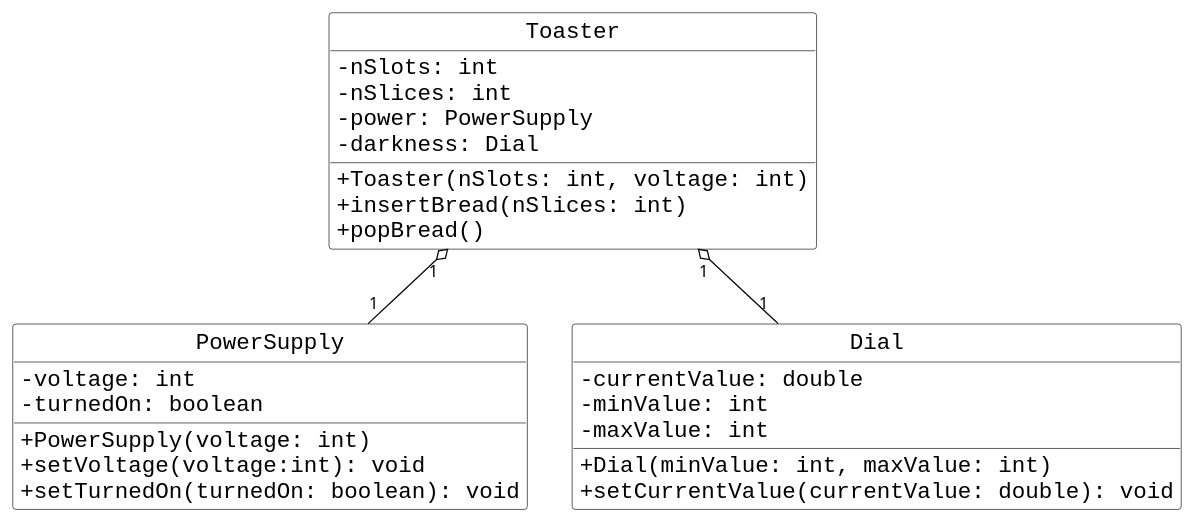
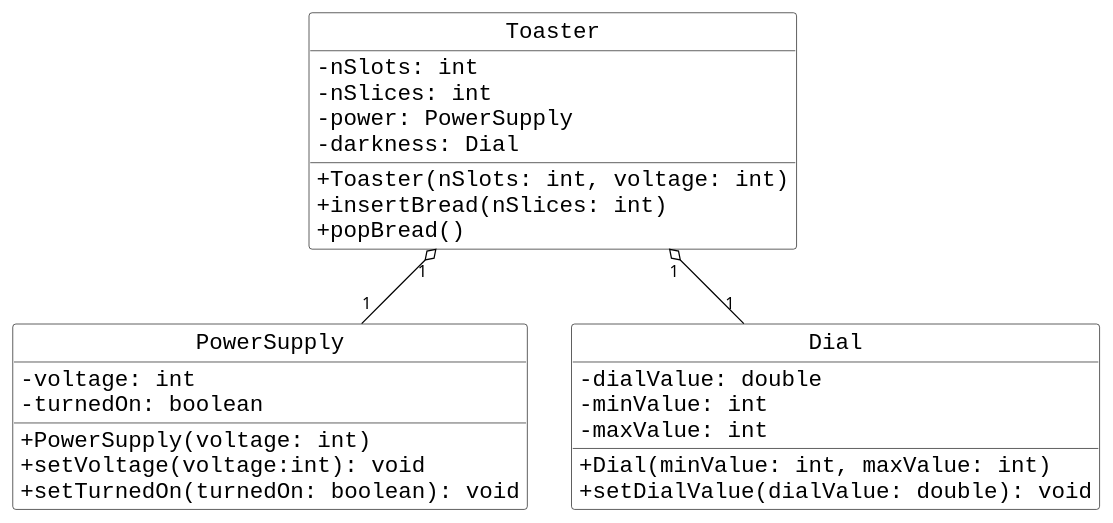
One commit to jdeisenberg/ThinkJava2Exercises changed the diagram in figs/ch14/toaster.puml. Above: the diagram before and after it, drawn with PlantUML. The commit also changed 2 other files, not shown here.

```diff
--- a/figs/ch14/toaster.puml
+++ b/figs/ch14/toaster.puml
@@ -1,46 +1,46 @@
 @startuml
 skinparam classbackgroundcolor #ffffff
 skinparam classarrowcolor #000000
 skinparam classdiamondbackgroundcolor #ffffff
 skinparam classdiamondbordercolor #000000
 skinparam classbordercolor #000000
 skinparam classfontsize 18
 skinparam classfontname "Liberation Mono"
 skinparam classattributefontsize 18
 skinparam classattributefontname "Liberation Mono"
 skinparam classAttributeIconSize 0
 hide circle
 
 Toaster "1" o-- "1" PowerSupply
 Toaster "1" o-- "1" Dial
 
 class PowerSupply {
     - voltage: int 
     - turnedOn: boolean
     
     + PowerSupply(voltage: int)
     + setVoltage(voltage:int): void
     + setTurnedOn(turnedOn: boolean): void
 }
 
 class Dial {
-    - currentValue: double
+    - dialValue: double
     - minValue: int
     - maxValue: int
     
     + Dial(minValue: int, maxValue: int)
-    + setCurrentValue(currentValue: double): void
+    + setDialValue(dialValue: double): void
 }
 
 class Toaster {
     - nSlots: int
     - nSlices: int
     - power: PowerSupply
     - darkness: Dial
     
     + Toaster(nSlots: int, voltage: int)
     + insertBread(nSlices: int)
     + popBread()
 }
 
 @enduml
```
